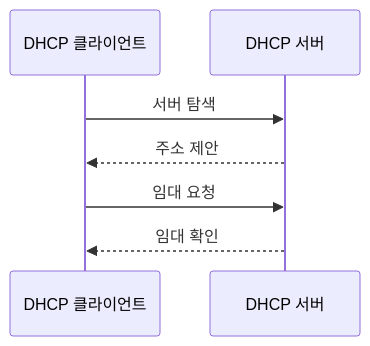
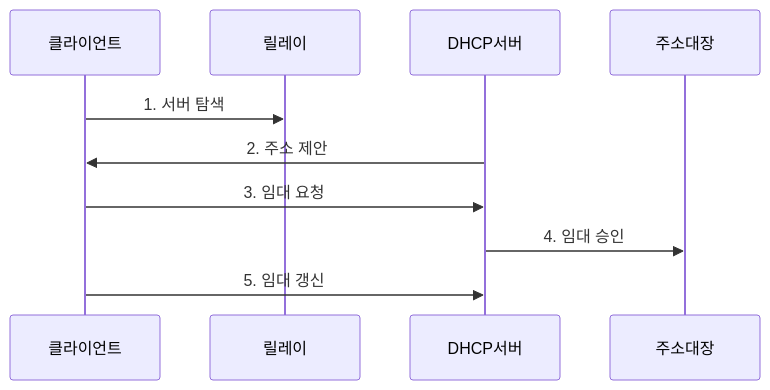
Before and after one commit to agnusdei1207/knowledge-base: the second of 2 diagrams in src/content/docs/notes/04-network/007_dhcp.md, drawn with Mermaid. The commit also changed other lines of this file and 20 other files, not shown here.

````diff
--- a/src/content/docs/notes/04-network/007_dhcp.md
+++ b/src/content/docs/notes/04-network/007_dhcp.md
@@ -78,9 +84,12 @@
 ```mermaid
 sequenceDiagram
-    participant C as DHCP 클라이언트
-    participant S as DHCP 서버
-    C->>S: 서버 탐색
-    S-->>C: 주소 제안
-    C->>S: 임대 요청
-    S-->>C: 임대 확인
+    participant 클라이언트
+    participant 릴레이
+    participant DHCP서버
+    participant 주소대장
+    클라이언트->>릴레이: 1. 서버 탐색
+    DHCP서버->>클라이언트: 2. 주소 제안
+    클라이언트->>DHCP서버: 3. 임대 요청
+    DHCP서버->>주소대장: 4. 임대 승인
+    클라이언트->>DHCP서버: 5. 임대 갱신
 ```
````
